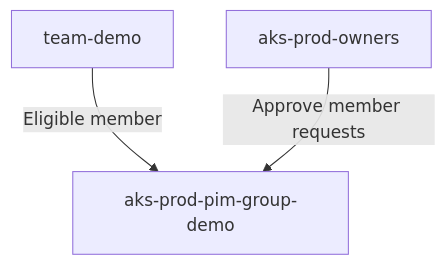
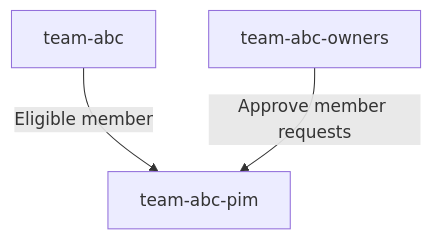
One commit to fredrkl/entra-pim-group-demo changed the diagram in README.md. Above: the diagram before and after it, drawn with Mermaid.

Commit message:
📝(README): New Entra ID Groups overview

````diff
--- a/README.md
+++ b/README.md
@@ -7,11 +7,11 @@
 ```mermaid
 graph TD
     %% Entities
-    prod[aks-prod-pim-group-demo]
-    team-demo[team-demo]
-    aks-prod-owners[aks-prod-owners]
+    prod[team-abc-pim]
+    team-demo[team-abc]
+    aks-prod-owners[team-abc-owners]
 
     %% Relations
     team-demo --Eligible member-->prod
     aks-prod-owners --Approve member requests-->prod
 ```
````
